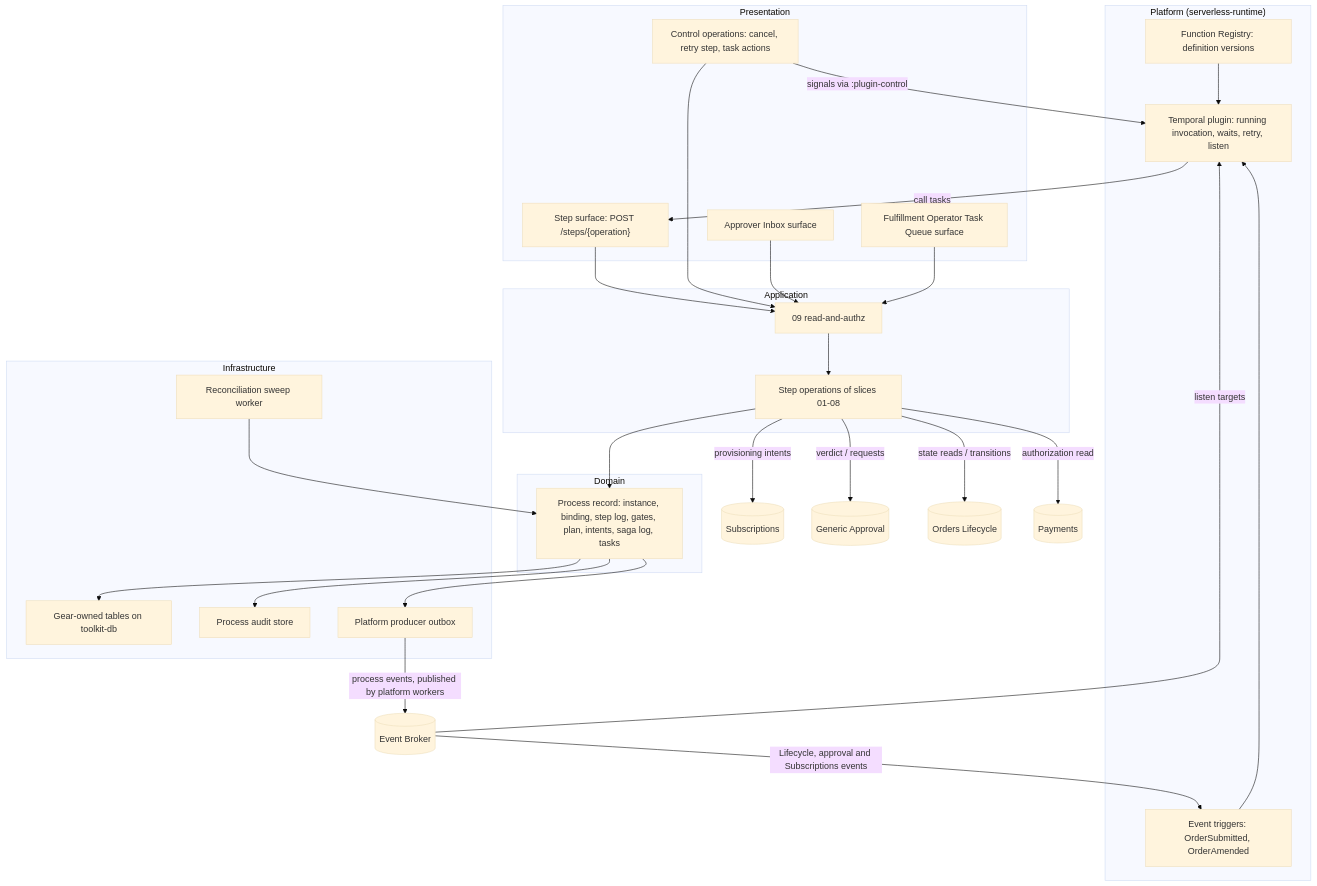
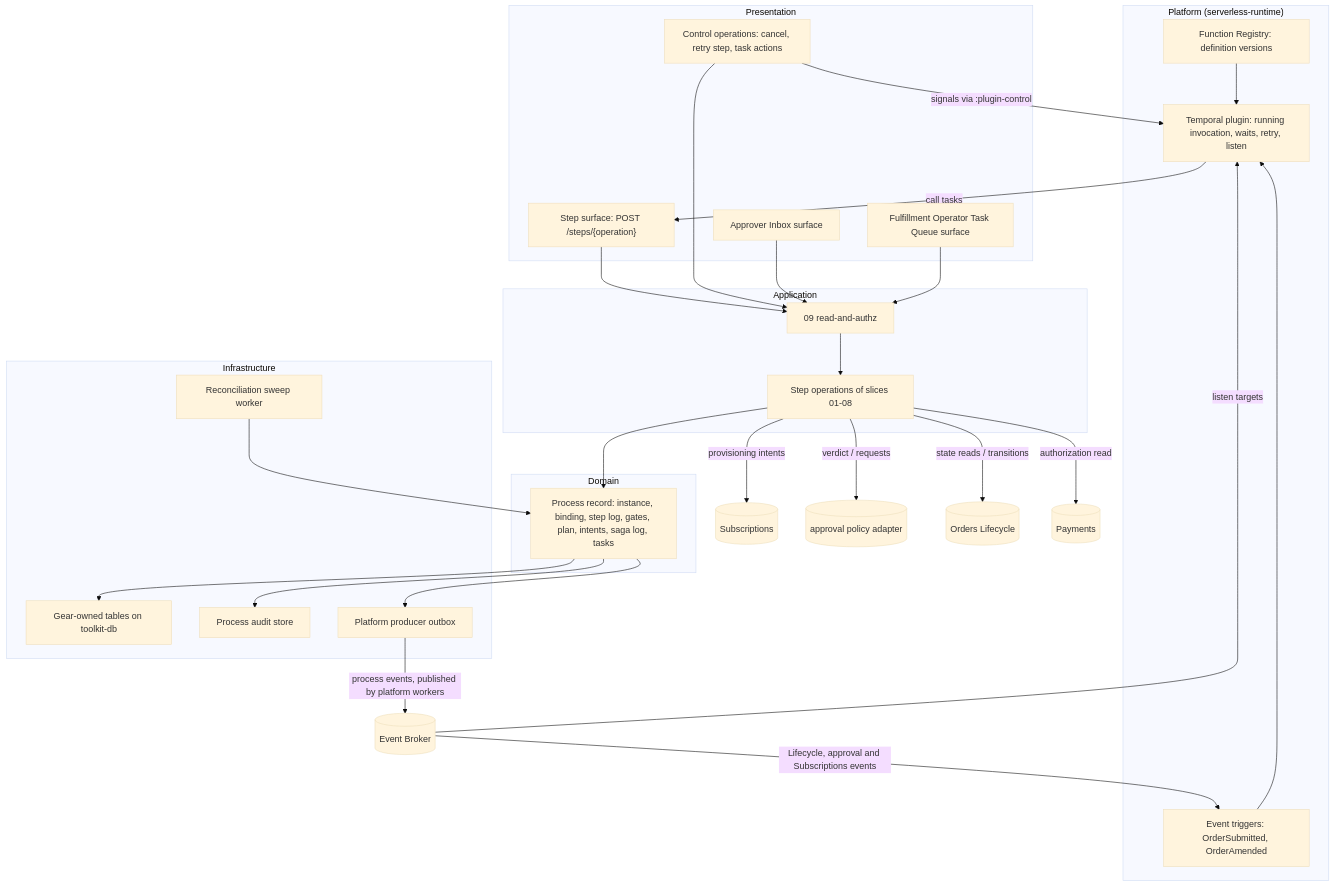
The first of 7 diagrams in gears/bss/orders-workflow/docs/DESIGN.md (constructorfabric/gears-rust), drawn with Mermaid (base theme) before and after one commit. The commit also changed other lines of this file and 22 other files, not shown here.

````diff
--- a/gears/bss/orders-workflow/docs/DESIGN.md
+++ b/gears/bss/orders-workflow/docs/DESIGN.md
@@ -121,50 +121,50 @@
 ```mermaid
 flowchart TB
     subgraph Platform["Platform (serverless-runtime)"]
         Registry[Function Registry: definition versions]
         Triggers[Event triggers: OrderSubmitted, OrderAmended]
         Plugin[Temporal plugin: running invocation, waits, retry, listen]
     end
     subgraph Presentation
         Steps["Step surface: POST /steps/{operation}"]
         Control[Control operations: cancel, retry step, task actions]
         Inbox[Approver Inbox surface]
         Queue[Fulfillment Operator Task Queue surface]
     end
     subgraph Application
         Ops[Step operations of slices 01-08]
         ReadAuthz[09 read-and-authz]
     end
     subgraph Domain
         Record[Process record: instance, binding, step log, gates, plan, intents, saga log, tasks]
     end
     subgraph Infrastructure
         DB[Gear-owned tables on toolkit-db]
         AuditStore[Process audit store]
         Outbox[Platform producer outbox]
         Sweep[Reconciliation sweep worker]
     end
 
     Registry --> Plugin
     Triggers --> Plugin
     Plugin -->|call tasks| Steps
     Control -->|signals via :plugin-control| Plugin
     Steps --> ReadAuthz
     Control --> ReadAuthz
     Inbox --> ReadAuthz
     Queue --> ReadAuthz
     ReadAuthz --> Ops
     Ops --> Record
     Record --> DB
     Record --> AuditStore
     Record --> Outbox
     Sweep --> Record
 
     Ops -->|provisioning intents| Subscriptions[(Subscriptions)]
-    Ops -->|verdict / requests| GenericApproval[(Generic Approval)]
+    Ops -->|verdict / requests| GenericApproval[(approval policy adapter)]
     Ops -->|state reads / transitions| Lifecycle[(Orders Lifecycle)]
     Ops -->|authorization read| Payments[(Payments)]
     Outbox -->|process events, published by platform workers| EventsAudit[(Event Broker)]
     EventsAudit -->|Lifecycle, approval and Subscriptions events| Triggers
     EventsAudit -->|listen targets| Plugin
 ```
````
